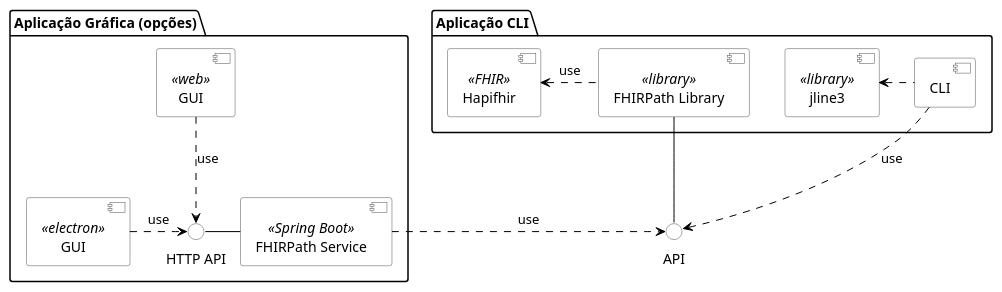
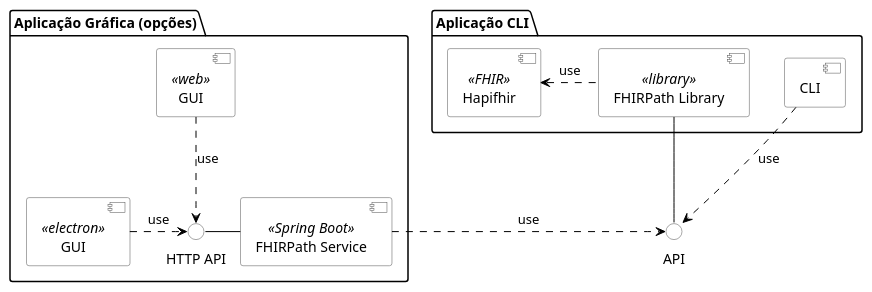
Before and after one commit to kyriosdata/rnds: the diagram in tools/fhirpathcli/UML/design.puml, drawn with PlantUML. The commit also changed 1 other file, not shown here.

```diff
--- a/tools/fhirpathcli/UML/design.puml
+++ b/tools/fhirpathcli/UML/design.puml
@@ -1,43 +1,41 @@
 @startuml
 
 hide circle
 hide methods
 hide empty members
 
 skinparam component {
     BackgroundColor White
     ArrowColor Black
     BorderColor #505050
 }
 
 skinparam interface {
     BackgroundColor White
     ArrowColor Black
     BorderColor #505050
 }
 
 package "Aplicação Gráfica (opções)" {
     Component "FHIRPath Service" as WS << Spring Boot >>
     Component "GUI" as EGUI <<electron>>
     Component "GUI" as WGUI <<web>>
 
     EGUI .right.> () "HTTP API" : use
     [HTTP API] - WS
     WGUI .down.> () "HTTP API" : use
 }
 
    WS .right.> () API : use
 
 
 package "Aplicação CLI" {
     Component CLI
-    Component jline3 as JLINE3 <<library>>
     Component "FHIRPath Library" as FPL <<library>>
     Component "Hapifhir" as HF <<FHIR>>
     CLI .down.> API : use
     API - FPL
     FPL .left.> HF : use
-    CLI .left.> JLINE3
 }
 
 @enduml
```
